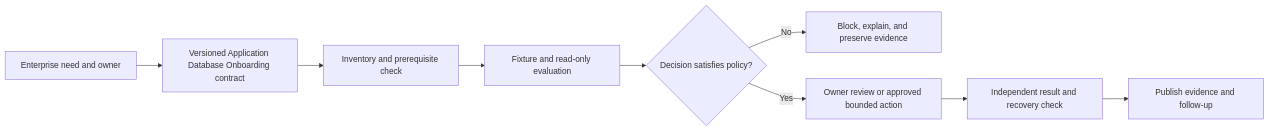
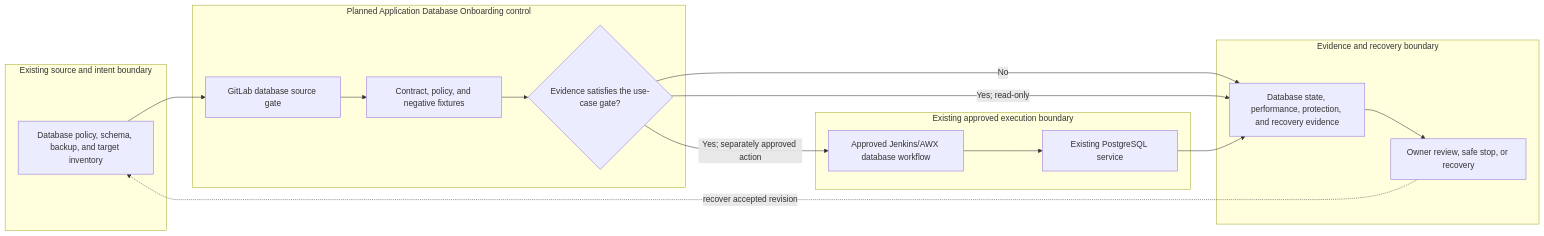
Before and after one commit to MIDHTECH/enterprise-architecture-docs: the diagram in docs/use-cases/database/UC-DB-017-application-database-onboarding.md, drawn with Mermaid. The commit also changed other lines of this file and 227 other files, not shown here.

Commit message:
Deepen architecture for all use case designs

````diff
--- a/docs/use-cases/database/UC-DB-017-application-database-onboarding.md
+++ b/docs/use-cases/database/UC-DB-017-application-database-onboarding.md
@@ -136,11 +129,25 @@
 ```mermaid
 flowchart LR
-    Need["Enterprise need and owner"] --> Contract["Versioned Application Database Onboarding contract"]
-    Contract --> Preflight["Inventory and prerequisite check"]
-    Preflight --> Evaluate["Fixture and read-only evaluation"]
-    Evaluate --> Decision{"Decision satisfies policy?"}
-    Decision -->|No| Stop["Block, explain, and preserve evidence"]
-    Decision -->|Yes| Review["Owner review or approved bounded action"]
-    Review --> Verify["Independent result and recovery check"]
-    Verify --> Publish["Publish evidence and follow-up"]
+    subgraph Source["Existing source and intent boundary"]
+        A["Database policy, schema, backup, and target inventory"]
+    end
+    subgraph Planned["Planned Application Database Onboarding control"]
+        B["GitLab database source gate"]
+        C["Contract, policy, and negative fixtures"]
+        D{"Evidence satisfies the use-case gate?"}
+    end
+    subgraph Runtime["Existing approved execution boundary"]
+        E["Approved Jenkins/AWX database workflow"]
+        F["Existing PostgreSQL service"]
+    end
+    subgraph Assurance["Evidence and recovery boundary"]
+        G["Database state, performance, protection, and recovery evidence"]
+        H["Owner review, safe stop, or recovery"]
+    end
+
+    A --> B --> C --> D
+    D -->|No| G --> H
+    D -->|Yes; read-only| G
+    D -->|Yes; separately approved action| E --> F --> G
+    H -. recover accepted revision .-> A
 ```
````
